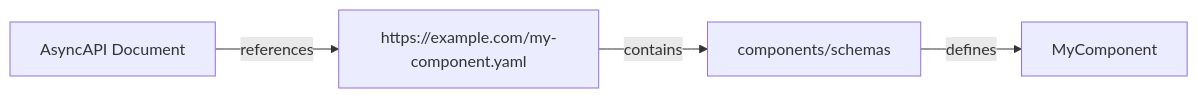
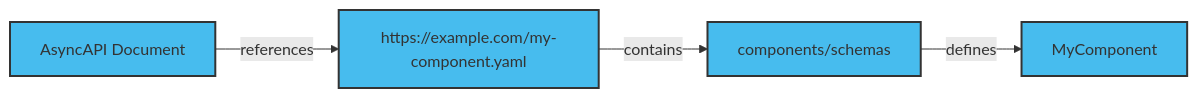
Before and after one commit to asyncapi/website: the third of 3 diagrams in pages/docs/concepts/asyncapi-document/resuable-parts.md, drawn with Mermaid. The commit also changed other lines of this file, not shown here.

Commit message:
fix mermaid color

````diff
--- a/pages/docs/concepts/asyncapi-document/resuable-parts.md
+++ b/pages/docs/concepts/asyncapi-document/resuable-parts.md
@@ -120,11 +126,16 @@
 ```mermaid
 graph LR
+style A fill:#47BCEE, stroke:#333, stroke-width:2px;
+style C fill:#47BCEE, stroke:#333, stroke-width:2px;
+style D fill:#47BCEE, stroke:#333, stroke-width:2px;
+style B fill:#47BCEE, stroke:#333, stroke-width:2px;
+
 A[AsyncAPI Document]
 B[https://example.com/my-component.yaml]
 C[components/schemas]
 D[MyComponent]
 
 A -->|references| B
 B -->|contains| C
 C -->|defines| D
 ```
````
